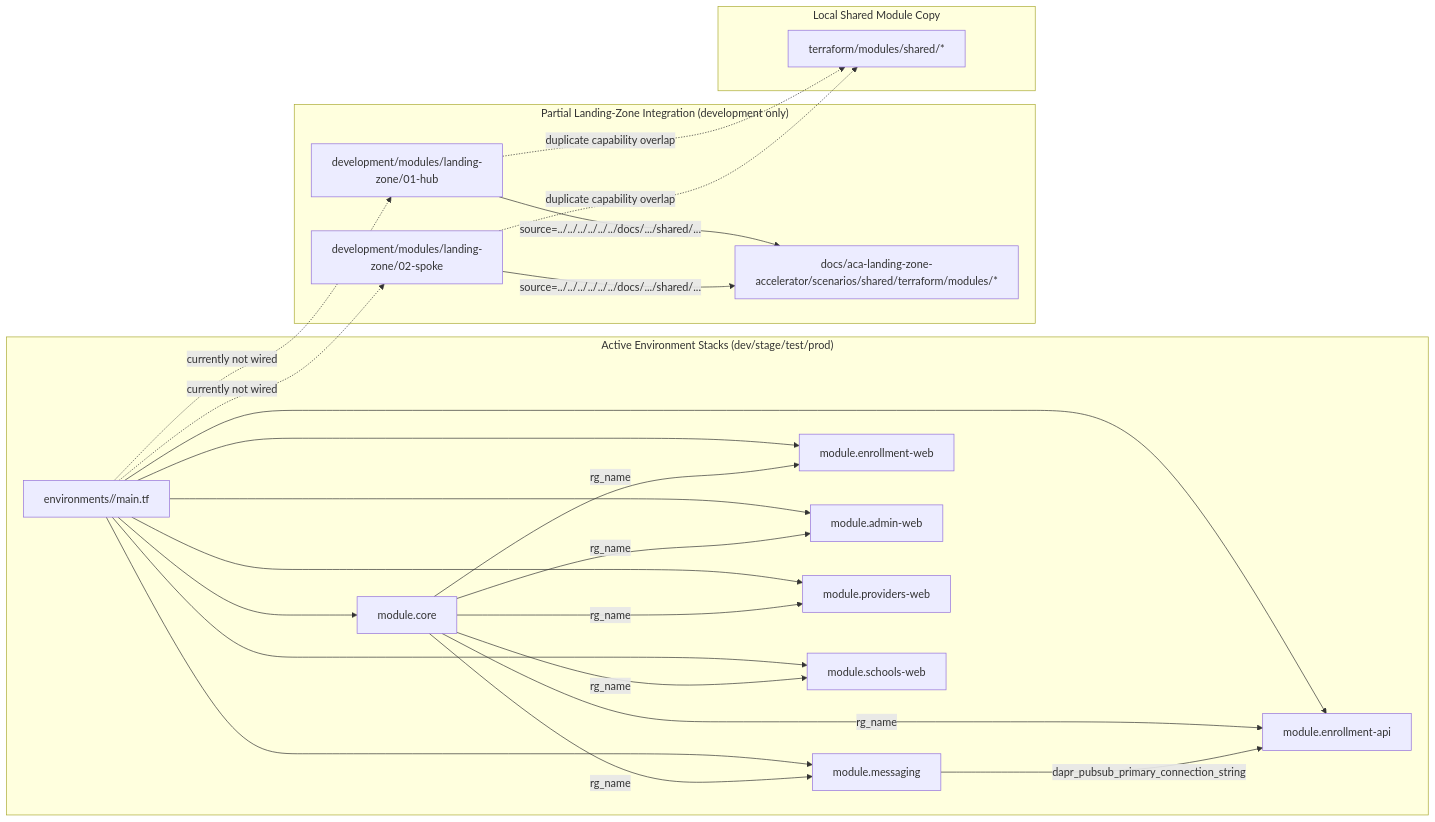
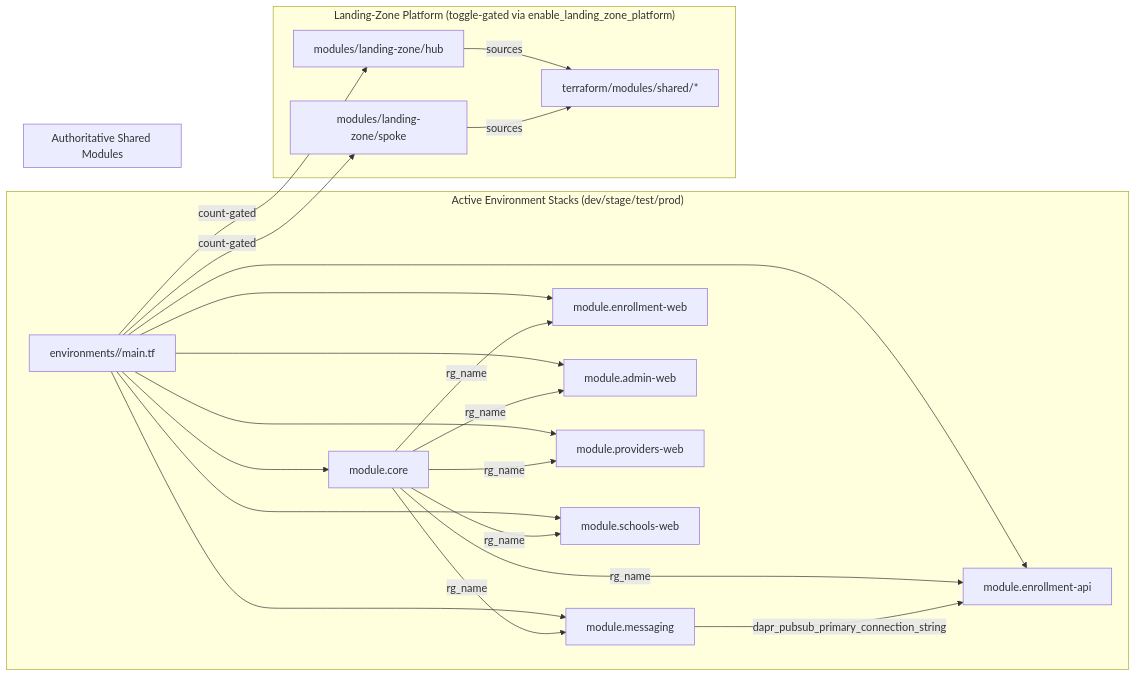
One commit to tfxdevelopment/k12-Arch changed the second of 4 diagrams in docs/aca-diagrams-and-structure-review-2026-03-15.md. Above: the diagram before and after it, drawn with Mermaid. The commit also changed other lines of this file and 29 other files, not shown here.

Commit message:
WIP- aca and landing zone

````diff
--- a/docs/aca-diagrams-and-structure-review-2026-03-15.md
+++ b/docs/aca-diagrams-and-structure-review-2026-03-15.md
@@ -89,49 +89,45 @@
 ```mermaid
 graph LR
 
   subgraph ENV["Active Environment Stacks (dev/stage/test/prod)"]
     MAIN["environments/<env>/main.tf"]
     CORE["module.core"]
     MSG["module.messaging"]
     API["module.enrollment-api"]
     WEBE["module.enrollment-web"]
     WEBA["module.admin-web"]
     WEBP["module.providers-web"]
     WEBS["module.schools-web"]
 
     MAIN --> CORE
     MAIN --> MSG
     MAIN --> API
     MAIN --> WEBE
     MAIN --> WEBA
     MAIN --> WEBP
     MAIN --> WEBS
 
     CORE -->|rg_name| API
     CORE -->|rg_name| WEBE
     CORE -->|rg_name| WEBA
     CORE -->|rg_name| WEBP
     CORE -->|rg_name| WEBS
     CORE -->|rg_name| MSG
 
     MSG -->|dapr_pubsub_primary_connection_string| API
   end
 
-  subgraph LZ["Partial Landing-Zone Integration (development only)"]
-    HUB["development/modules/landing-zone/01-hub"]
-    SPOKE["development/modules/landing-zone/02-spoke"]
-    LZSHARED["docs/aca-landing-zone-accelerator/scenarios/shared/terraform/modules/*"]
+  subgraph LZ["Landing-Zone Platform (toggle-gated via enable_landing_zone_platform)"]
+    HUB["modules/landing-zone/hub"]
+    SPOKE["modules/landing-zone/spoke"]
 
-    HUB -->|source=../../../../../../docs/.../shared/...| LZSHARED
-    SPOKE -->|source=../../../../../../docs/.../shared/...| LZSHARED
+    MAIN -->|count-gated| HUB
+    MAIN -->|count-gated| SPOKE
+    HUB -->|sources| TFSHARED
+    SPOKE -->|sources| TFSHARED
   end
 
-  subgraph LOCALSHARED["Local Shared Module Copy"]
+  subgraph SHARED["Authoritative Shared Modules"]
     TFSHARED["terraform/modules/shared/*"]
   end
-
-  MAIN -.->|currently not wired| HUB
-  MAIN -.->|currently not wired| SPOKE
-  HUB -.->|duplicate capability overlap| TFSHARED
-  SPOKE -.->|duplicate capability overlap| TFSHARED
 ```
````
